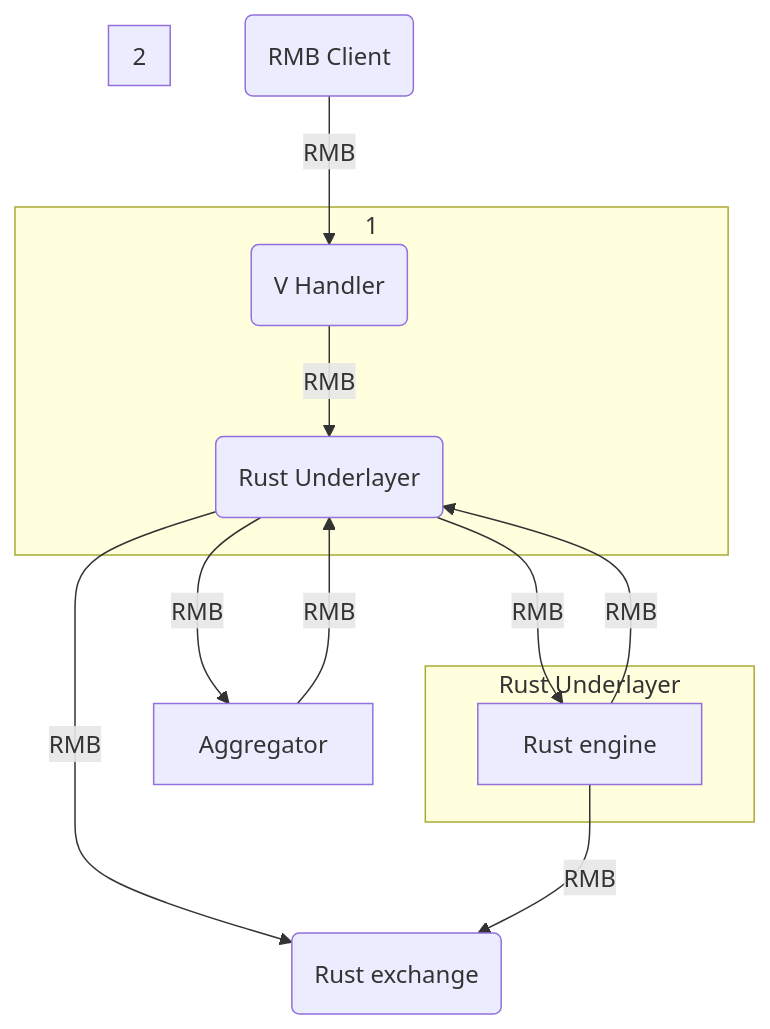
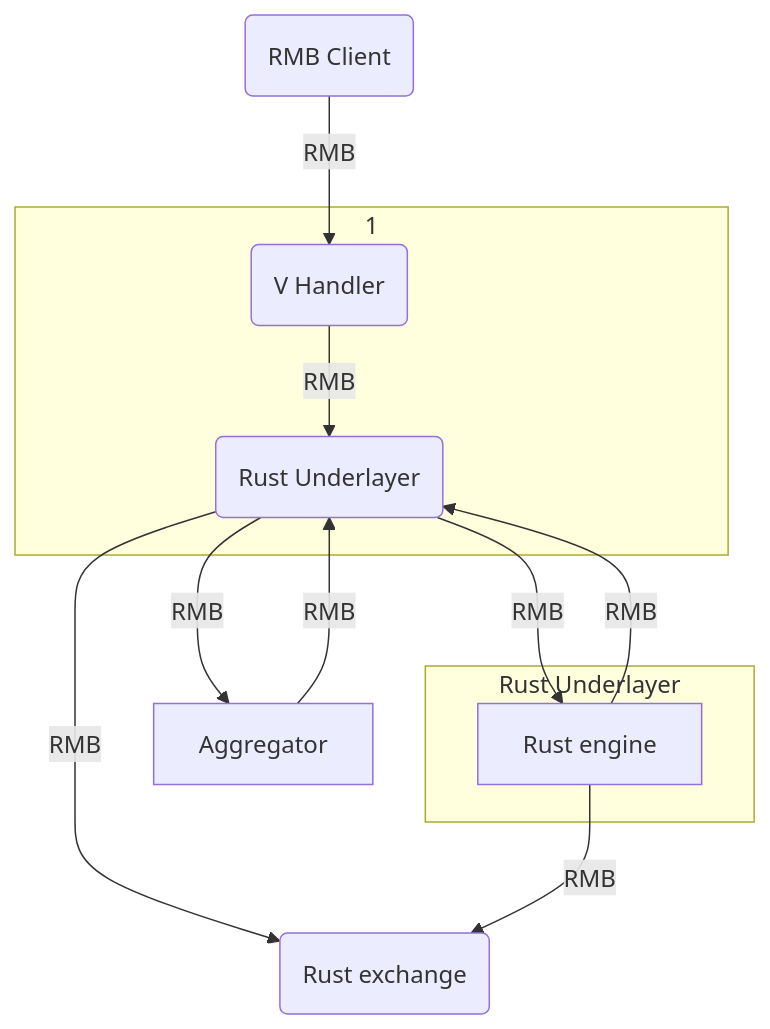
Before and after one commit to timurgordon/P2P_RMB_protocol: the diagram in README.md, drawn with Mermaid.

````diff
--- a/README.md
+++ b/README.md
@@ -140,17 +140,15 @@
 ```mermaid
 graph TD
     A(RMB Client) -->|RMB| B(V Handler)
     subgraph 1
     B --> |RMB| C(Rust Underlayer)
     end
     C -->|RMB| D[Aggregator]
     D -->|RMB| C
+    C -->|RMB| E[Rust engine]
     subgraph Rust Underlayer
-    C -->|RMB| E[Rust engine]
-    end
-    subgraph 2
     E --> |RMB| C
     end
     C --> |RMB| F(Rust exchange)
     E --> |RMB| F(Rust exchange)
 ```
````
